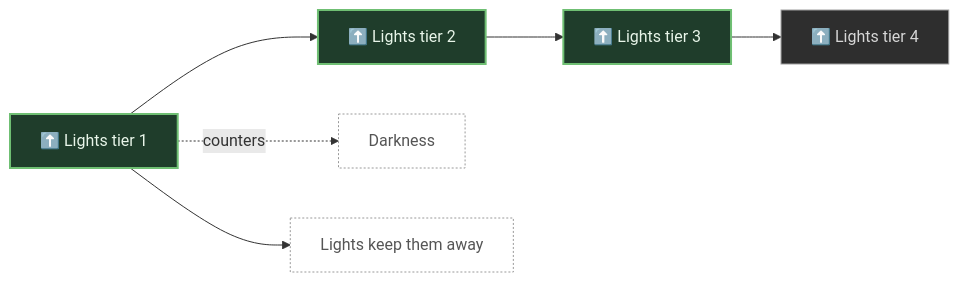
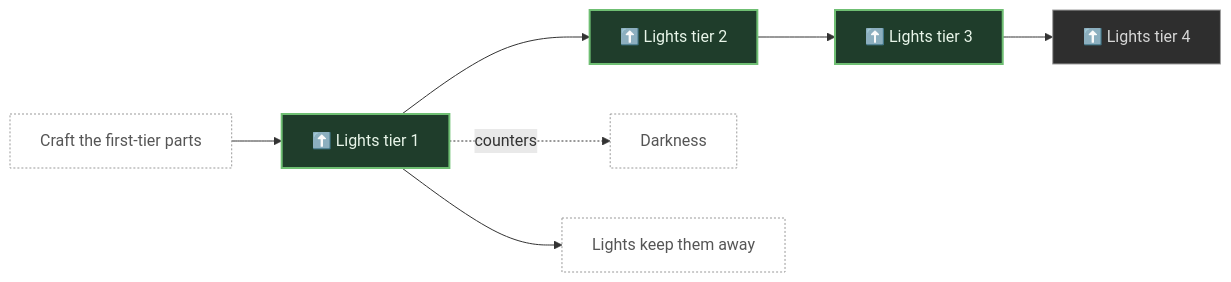
One commit to pkeppeler/deepcharter changed diagram 11 of 30 in docs/FEATURE-MAP.md. Above: the diagram before and after it, drawn with Mermaid. The commit also changed other lines of this file and 47 other files, not shown here.

````diff
--- a/docs/FEATURE-MAP.md
+++ b/docs/FEATURE-MAP.md
@@ -639,22 +643,24 @@
 ```mermaid
 flowchart LR
   n_lights_t1["⬆️ Lights tier 1"]
   n_lights_t2["⬆️ Lights tier 2"]
   n_lights_t3["⬆️ Lights tier 3"]
   n_lights_t4["⬆️ Lights tier 4"]
   n_darkness["Darkness"]
+  n_parts_from_crafting["Craft the first-tier parts"]
   n_retained_lights["Lights keep them away"]
   n_lights_t1 -. counters .-> n_darkness
   n_lights_t1 --> n_lights_t2
   n_lights_t1 --> n_retained_lights
   n_lights_t2 --> n_lights_t3
   n_lights_t3 --> n_lights_t4
+  n_parts_from_crafting --> n_lights_t1
   classDef built fill:#1f3d2b,stroke:#6fbf73,stroke-width:2px,color:#e8f5e9
   classDef progress fill:#4a3a10,stroke:#f0b429,stroke-width:2px,color:#fff3d6
   classDef planned fill:#2e2e2e,stroke:#9e9e9e,stroke-width:1px,color:#d6d6d6
   classDef idea fill:#1a1a1a,stroke:#757575,stroke-width:1px,stroke-dasharray:4 3,color:#a0a0a0
   classDef ext fill:#ffffff,stroke:#999999,stroke-width:1px,stroke-dasharray:2 2,color:#555555
   class n_lights_t1,n_lights_t2,n_lights_t3 built
   class n_lights_t4 planned
-  class n_darkness,n_retained_lights ext
+  class n_darkness,n_parts_from_crafting,n_retained_lights ext
 ```
````
